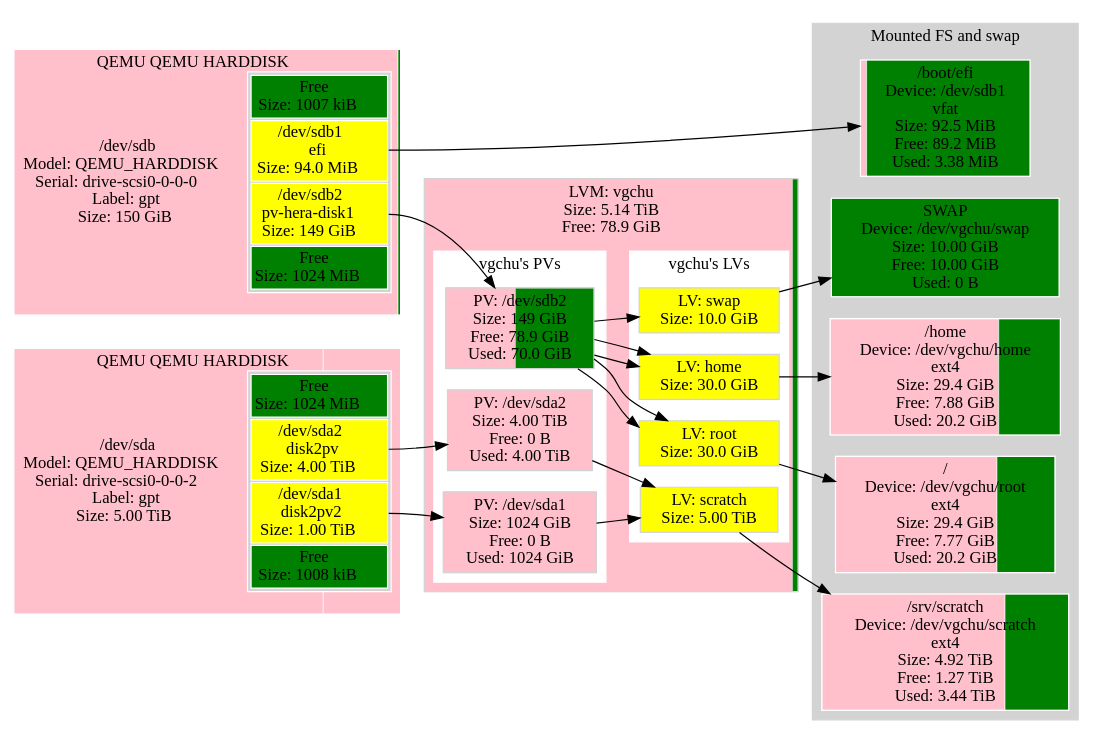
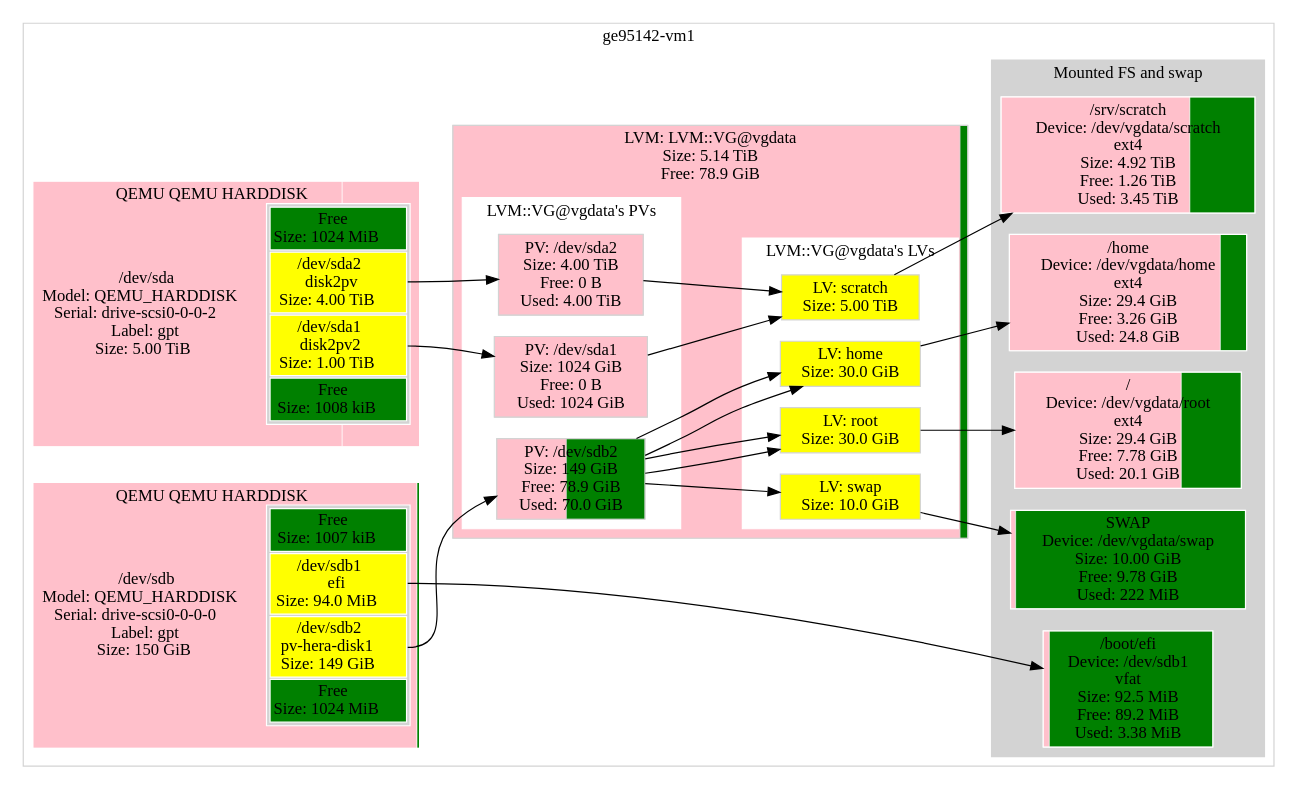
One commit to metacpan/metacpan-cpan-extracted changed the diagram in distros/S/StorageDisplay/data/ge95142-vm1.ref.dot. Above: the diagram before and after it, drawn with Graphviz. The commit also changed 2507 other files, not shown here.

```diff
--- a/distros/S/StorageDisplay/data/ge95142-vm1.ref.dot
+++ b/distros/S/StorageDisplay/data/ge95142-vm1.ref.dot
@@ -1,177 +1,215 @@
-digraph "machine"{
-	rankdir=LR;
-	{ "@Part: sda" [
-		label=<<TABLE BORDER="0" CELLPADDING="0" CELLSPACING="0">
-				<TR> <TD COLSPAN="2">QEMU QEMU HARDDISK</TD> </TR><TR><TD >/dev/sda<BR/>Model: QEMU_HARDDISK<BR/>Serial: drive-scsi0-0-0-2<BR/>Label: gpt<BR/>Size: 5.00 TiB</TD>    <TD BGCOLOR="lightgrey">
-				<TABLE >
-					<TR>
-						<TD bgcolor="green">
-						Free<BR/>Size: 1024 MiB
-						</TD>
-					</TR>
-					<TR>
-						<TD PORT="2" BGCOLOR="yellow">
-						/dev/sda2<BR/>disk2pv<BR/>Size: 4.00 TiB
-						</TD>
-					</TR>
-					<TR>
-						<TD PORT="1" BGCOLOR="yellow">
-						/dev/sda1<BR/>disk2pv2<BR/>Size: 1.00 TiB
-						</TD>
-					</TR>
-					<TR>
-						<TD bgcolor="green">
-						Free<BR/>Size: 1008 kiB
-						</TD>
-					</TR>
-				</TABLE>
-				</TD> </TR><TR> <TD COLSPAN="2"> </TD> </TR>
-			</TABLE>
-		>;
-		// Style node
-		color=white;
-		fillcolor=lightgrey;
-		shape="rectangle";
-		style=striped;
-		fillcolor="green;0.000195:pink;0.799804:pink;0.200000:green;0.000000";
-	]; }
-	{ "@Part: sdb" [
-		label=<<TABLE BORDER="0" CELLPADDING="0" CELLSPACING="0">
-				<TR> <TD COLSPAN="2">QEMU QEMU HARDDISK</TD> </TR><TR><TD >/dev/sdb<BR/>Model: QEMU_HARDDISK<BR/>Serial: drive-scsi0-0-0-0<BR/>Label: gpt<BR/>Size: 150 GiB</TD>    <TD BGCOLOR="lightgrey">
-				<TABLE >
-					<TR>
-						<TD bgcolor="green">
-						Free<BR/>Size: 1007 kiB
-						</TD>
-					</TR>
-					<TR>
-						<TD PORT="1" BGCOLOR="yellow">
-						/dev/sdb1<BR/>efi<BR/>Size: 94.0 MiB
-						</TD>
-					</TR>
-					<TR>
-						<TD PORT="2" BGCOLOR="yellow">
-						/dev/sdb2<BR/>pv-hera-disk1<BR/>Size: 149 GiB
-						</TD>
-					</TR>
-					<TR>
-						<TD bgcolor="green">
-						Free<BR/>Size: 1024 MiB
-						</TD>
-					</TR>
-				</TABLE>
-				</TD> </TR><TR> <TD COLSPAN="2"> </TD> </TR>
-			</TABLE>
-		>;
-		// Style node
-		color=white;
-		fillcolor=lightgrey;
-		shape="rectangle";
-		style=striped;
-		fillcolor="green;0.000006:pink;0.000612:pink;0.992715:green;0.006667";
-	]; }
-	subgraph "cluster_vgchu" {
+digraph "ge95142-vm1"{ // HEADER: MACHINE
+	rankdir=LR; // HEADER: MACHINE
+	subgraph "cluster_machine@ge95142-vm1" {
 		style=filled;
 		color=lightgrey;
-		fillcolor=lightgrey;
-		node [style=filled,color=lightgrey,fillcolor=lightgrey,shape=rectangle];
-		subgraph "cluster_vgchu@PV" {
-			color=white;
-			fillcolor=white;
-			{ "LVM@vgchu@PV@sda1" [
-				label="PV: /dev/sda1\nSize: 1024 GiB\nFree: 0 B\nUsed: 1024 GiB";
-				style=striped;fillcolor="pink;1.000000.2:green"
+		fillcolor=white;
+		node [style=filled,color=white,fillcolor=white,shape=rectangle];
+			{ "machine@ge95142-vm1|Partition::GPT@sda" [
+				label=<<TABLE BORDER="0" CELLPADDING="0" CELLSPACING="0">
+						<TR> <TD COLSPAN="2">QEMU QEMU HARDDISK</TD> </TR><TR><TD >/dev/sda<BR/>Model: QEMU_HARDDISK<BR/>Serial: drive-scsi0-0-0-2<BR/>Label: gpt<BR/>Size: 5.00 TiB</TD>    <TD BGCOLOR="lightgrey">
+						<TABLE >
+							<TR>
+								<TD bgcolor="green">
+								Free<BR/>Size: 1024 MiB
+								</TD>
+							</TR>
+							<TR>
+								<TD PORT="2" BGCOLOR="yellow">
+								/dev/sda2<BR/>disk2pv<BR/>Size: 4.00 TiB
+								</TD>
+							</TR>
+							<TR>
+								<TD PORT="1" BGCOLOR="yellow">
+								/dev/sda1<BR/>disk2pv2<BR/>Size: 1.00 TiB
+								</TD>
+							</TR>
+							<TR>
+								<TD bgcolor="green">
+								Free<BR/>Size: 1008 kiB
+								</TD>
+							</TR>
+						</TABLE>
+						</TD> </TR><TR> <TD COLSPAN="2"> </TD> </TR>
+					</TABLE>
+				>;
+				// Style node
+				color=white;
+				fillcolor=lightgrey;
+				shape="rectangle";
+				style=striped;
+				fillcolor="green;0.000195:pink;0.799804:pink;0.200000:green;0.000000";
 			]; }
-			{ "LVM@vgchu@PV@sda2" [
-				label="PV: /dev/sda2\nSize: 4.00 TiB\nFree: 0 B\nUsed: 4.00 TiB";
-				style=striped;fillcolor="pink;1.000000.2:green"
+			{ "machine@ge95142-vm1|Partition::GPT@sdb" [
+				label=<<TABLE BORDER="0" CELLPADDING="0" CELLSPACING="0">
+						<TR> <TD COLSPAN="2">QEMU QEMU HARDDISK</TD> </TR><TR><TD >/dev/sdb<BR/>Model: QEMU_HARDDISK<BR/>Serial: drive-scsi0-0-0-0<BR/>Label: gpt<BR/>Size: 150 GiB</TD>    <TD BGCOLOR="lightgrey">
+						<TABLE >
+							<TR>
+								<TD bgcolor="green">
+								Free<BR/>Size: 1007 kiB
+								</TD>
+							</TR>
+							<TR>
+								<TD PORT="1" BGCOLOR="yellow">
+								/dev/sdb1<BR/>efi<BR/>Size: 94.0 MiB
+								</TD>
+							</TR>
+							<TR>
+								<TD PORT="2" BGCOLOR="yellow">
+								/dev/sdb2<BR/>pv-hera-disk1<BR/>Size: 149 GiB
+								</TD>
+							</TR>
+							<TR>
+								<TD bgcolor="green">
+								Free<BR/>Size: 1024 MiB
+								</TD>
+							</TR>
+						</TABLE>
+						</TD> </TR><TR> <TD COLSPAN="2"> </TD> </TR>
+					</TABLE>
+				>;
+				// Style node
+				color=white;
+				fillcolor=lightgrey;
+				shape="rectangle";
+				style=striped;
+				fillcolor="green;0.000006:pink;0.000612:pink;0.992715:green;0.006667";
 			]; }
-			{ "LVM@vgchu@PV@sdb2" [
-				label="PV: /dev/sdb2\nSize: 149 GiB\nFree: 78.9 GiB\nUsed: 70.0 GiB";
-				style=striped;fillcolor="pink;0.470094.2:green"
-			]; }
-			label="vgchu's PVs";
-		}
-		subgraph "cluster_vgchu@LV" {
-			color=white;
-			fillcolor=white;
-			{ "dm-2" [
-				label="LV: home\nSize: 30.0 GiB";
-				fillcolor="yellow"
-			]; }
-			{ "dm-0" [
-				label="LV: root\nSize: 30.0 GiB";
-				fillcolor="yellow"
-			]; }
-			{ "dm-3" [
-				label="LV: scratch\nSize: 5.00 TiB";
-				fillcolor="yellow"
-			]; }
-			{ "dm-1" [
-				label="LV: swap\nSize: 10.0 GiB";
-				fillcolor="yellow"
-			]; }
-			label="vgchu's LVs";
-		}
-		label="LVM: vgchu\nSize: 5.14 TiB\nFree: 78.9 GiB";
-		style=striped;fillcolor="pink;0.985021.2:green"
+			subgraph "cluster_machine@ge95142-vm1|LVM::VG@vgdata" {
+				style=filled;
+				color=lightgrey;
+				fillcolor=lightgrey;
+				node [style=filled,color=lightgrey,fillcolor=lightgrey,shape=rectangle];
+				subgraph "cluster_machine@ge95142-vm1|LVM::VG@vgdata|::PVs" {
+					color=white;
+					fillcolor=white;
+					{ "machine@ge95142-vm1|LVM::VG@vgdata|::PVs|::PV@sda1" [
+						label="PV: /dev/sda1\nSize: 1024 GiB\nFree: 0 B\nUsed: 1024 GiB";
+						style=striped;fillcolor="pink;1.000000.2:green"
+					]; }
+					{ "machine@ge95142-vm1|LVM::VG@vgdata|::PVs|::PV@sda2" [
+						label="PV: /dev/sda2\nSize: 4.00 TiB\nFree: 0 B\nUsed: 4.00 TiB";
+						style=striped;fillcolor="pink;1.000000.2:green"
+					]; }
+					{ "machine@ge95142-vm1|LVM::VG@vgdata|::PVs|::PV@sdb2" [
+						label="PV: /dev/sdb2\nSize: 149 GiB\nFree: 78.9 GiB\nUsed: 70.0 GiB";
+						style=striped;fillcolor="pink;0.470094.2:green"
+					]; }
+					label="LVM::VG@vgdata's PVs";
+				}
+				subgraph "cluster_machine@ge95142-vm1|LVM::VG@vgdata|::LVs" {
+					color=white;
+					fillcolor=white;
+					{ "machine@ge95142-vm1|LVM::VG@vgdata|::LVs|::LV@home" [
+						label="LV: home\nSize: 30.0 GiB";
+						fillcolor="yellow"
+					]; }
+					{ "machine@ge95142-vm1|LVM::VG@vgdata|::LVs|::LV@root" [
+						label="LV: root\nSize: 30.0 GiB";
+						fillcolor="yellow"
+					]; }
+					{ "machine@ge95142-vm1|LVM::VG@vgdata|::LVs|::LV@scratch" [
+						label="LV: scratch\nSize: 5.00 TiB";
+						fillcolor="yellow"
+					]; }
+					{ "machine@ge95142-vm1|LVM::VG@vgdata|::LVs|::LV@swap" [
+						label="LV: swap\nSize: 10.0 GiB";
+						fillcolor="yellow"
+					]; }
+					label="LVM::VG@vgdata's LVs";
+				}
+				label="LVM: LVM::VG@vgdata\nSize: 5.14 TiB\nFree: 78.9 GiB";
+				style=striped;fillcolor="pink;0.985021.2:green"
+			}
+			subgraph "cluster_machine@ge95142-vm1|FS" {
+				style=filled;
+				color=lightgrey;
+				fillcolor=lightgrey;
+				node [style=filled,color=white,fillcolor=lightgrey,shape=rectangle];
+				{ "machine@ge95142-vm1|FS|::FS@/home" [
+					label="/home\nDevice: /dev/vgdata/home\next4\nSize: 29.4 GiB\nFree: 3.26 GiB\nUsed: 24.8 GiB";
+					style=striped;fillcolor="pink;0.889092.2:green"
+				]; }
+				{ "machine@ge95142-vm1|FS|::FS@/" [
+					label="/\nDevice: /dev/vgdata/root\next4\nSize: 29.4 GiB\nFree: 7.78 GiB\nUsed: 20.1 GiB";
+					style=striped;fillcolor="pink;0.735088.2:green"
+				]; }
+				{ "machine@ge95142-vm1|FS|::FS@/srv/scratch" [
+					label="/srv/scratch\nDevice: /dev/vgdata/scratch\next4\nSize: 4.92 TiB\nFree: 1.26 TiB\nUsed: 3.45 TiB";
+					style=striped;fillcolor="pink;0.743643.2:green"
+				]; }
+				{ "machine@ge95142-vm1|FS|::FS@/boot/efi" [
+					label="/boot/efi\nDevice: /dev/sdb1\nvfat\nSize: 92.5 MiB\nFree: 89.2 MiB\nUsed: 3.38 MiB";
+					style=striped;fillcolor="pink;0.036487.2:green"
+				]; }
+				{ "machine@ge95142-vm1|FS|::SWAP::Partition@dm-1" [
+					label="SWAP\nDevice: /dev/vgdata/swap\nSize: 10.00 GiB\nFree: 9.78 GiB\nUsed: 222 MiB";
+					style=striped;fillcolor="pink;0.021719.2:green"
+				]; }
+				label="Mounted FS and swap";
+			}
+			subgraph "cluster_machine@ge95142-vm1|Libvirt" {
+				style=filled;
+				color=lightgrey;
+				fillcolor=lightgrey;
+				node [style=filled,color=white,fillcolor=lightgrey,shape=rectangle];
+				label="Libvirt Virtual Machines";
+			}
+			// Links from LVM VG: LVM::VG@vgdata
+			"machine@ge95142-vm1|LVM::VG@vgdata|::PVs|::PV@sdb2" -> "machine@ge95142-vm1|LVM::VG@vgdata|::LVs|::LV@home"
+			"machine@ge95142-vm1|LVM::VG@vgdata|::PVs|::PV@sdb2" -> "machine@ge95142-vm1|LVM::VG@vgdata|::LVs|::LV@home"
+			"machine@ge95142-vm1|LVM::VG@vgdata|::PVs|::PV@sdb2" -> "machine@ge95142-vm1|LVM::VG@vgdata|::LVs|::LV@root"
+			"machine@ge95142-vm1|LVM::VG@vgdata|::PVs|::PV@sdb2" -> "machine@ge95142-vm1|LVM::VG@vgdata|::LVs|::LV@root"
+			"machine@ge95142-vm1|LVM::VG@vgdata|::PVs|::PV@sda2" -> "machine@ge95142-vm1|LVM::VG@vgdata|::LVs|::LV@scratch"
+			"machine@ge95142-vm1|LVM::VG@vgdata|::PVs|::PV@sda1" -> "machine@ge95142-vm1|LVM::VG@vgdata|::LVs|::LV@scratch"
+			"machine@ge95142-vm1|LVM::VG@vgdata|::PVs|::PV@sdb2" -> "machine@ge95142-vm1|LVM::VG@vgdata|::LVs|::LV@swap"
+			// Links for Partition::GPT@sda
+			// TARGET LINK: ge95142-vm1 5497558138880 sda "machine@ge95142-vm1|Partition::GPT@sda"
+			// Links for Partition::Table
+			// Links for Partition::Table::Part::Free@_1
+			// Links for Partition::Table::Part::Data@sda2
+			// Links for Partition::Table::Part::Data@sda1
+			// Links for Partition::Table::Part::Free@_2
+			// Links for Partition::GPT@sdb
+			// TARGET LINK: ge95142-vm1 161061273600 sdb "machine@ge95142-vm1|Partition::GPT@sdb"
+			// Links for Partition::Table
+			// Links for Partition::Table::Part::Free@_1
+			// Links for Partition::Table::Part::Data@sdb1
+			// Links for Partition::Table::Part::Data@sdb2
+			// Links for Partition::Table::Part::Free@_2
+			// Links for LVM VG: LVM::VG@vgdata
+			// Links for LVM::VG::PVs
+			// Links for LVM::VG::PVs::PV@sda1
+			"machine@ge95142-vm1|Partition::GPT@sda":"1" -> "machine@ge95142-vm1|LVM::VG@vgdata|::PVs|::PV@sda1"
+			// Links for LVM::VG::PVs::PV@sda1
+			// Links for LVM::VG::PVs::PV@sda2
+			"machine@ge95142-vm1|Partition::GPT@sda":"2" -> "machine@ge95142-vm1|LVM::VG@vgdata|::PVs|::PV@sda2"
+			// Links for LVM::VG::PVs::PV@sda2
+			// Links for LVM::VG::PVs::PV@sdb2
+			"machine@ge95142-vm1|Partition::GPT@sdb":"2" -> "machine@ge95142-vm1|LVM::VG@vgdata|::PVs|::PV@sdb2"
+			// Links for LVM::VG::PVs::PV@sdb2
+			// Links for LVM::VG::LVs
+			// Links for LVM::VG::LVs::LV@home
+			// Links for LVM::VG::LVs::LV@root
+			// Links for LVM::VG::LVs::LV@scratch
+			// Links for LVM::VG::LVs::LV@swap
+			// Links for FS
+			// Links for FS::FS@/home
+			"machine@ge95142-vm1|LVM::VG@vgdata|::LVs|::LV@home" -> "machine@ge95142-vm1|FS|::FS@/home"
+			// Links for FS::FS@/home
+			// Links for FS::FS@/
+			"machine@ge95142-vm1|LVM::VG@vgdata|::LVs|::LV@root" -> "machine@ge95142-vm1|FS|::FS@/"
+			// Links for FS::FS@/
+			// Links for FS::FS@/srv/scratch
+			"machine@ge95142-vm1|LVM::VG@vgdata|::LVs|::LV@scratch" -> "machine@ge95142-vm1|FS|::FS@/srv/scratch"
+			// Links for FS::FS@/srv/scratch
+			// Links for FS::FS@/boot/efi
+			"machine@ge95142-vm1|Partition::GPT@sdb":"1" -> "machine@ge95142-vm1|FS|::FS@/boot/efi"
+			// Links for FS::FS@/boot/efi
+			// Links for FS::SWAP::Partition@dm-1
+			"machine@ge95142-vm1|LVM::VG@vgdata|::LVs|::LV@swap" -> "machine@ge95142-vm1|FS|::SWAP::Partition@dm-1"
+			// Links for FS::SWAP::Partition@dm-1
+			// Links for Libvirt Virtual Machines
+		label="ge95142-vm1";
 	}
-	subgraph "cluster_@FS" {
-		style=filled;
-		color=lightgrey;
-		fillcolor=lightgrey;
-		node [style=filled,color=white,fillcolor=lightgrey,shape=rectangle];
-		{ "@FS@/home" [
-			label="/home\nDevice: /dev/vgchu/home\next4\nSize: 29.4 GiB\nFree: 7.88 GiB\nUsed: 20.2 GiB";
-			style=striped;fillcolor="pink;0.732178.2:green"
-		]; }
-		{ "@FS@/" [
-			label="/\nDevice: /dev/vgchu/root\next4\nSize: 29.4 GiB\nFree: 7.77 GiB\nUsed: 20.2 GiB";
-			style=striped;fillcolor="pink;0.735435.2:green"
-		]; }
-		{ "@FS@/srv/scratch" [
-			label="/srv/scratch\nDevice: /dev/vgchu/scratch\next4\nSize: 4.92 TiB\nFree: 1.27 TiB\nUsed: 3.44 TiB";
-			style=striped;fillcolor="pink;0.742055.2:green"
-		]; }
-		{ "@FS@/boot/efi" [
-			label="/boot/efi\nDevice: /dev/sdb1\nvfat\nSize: 92.5 MiB\nFree: 89.2 MiB\nUsed: 3.38 MiB";
-			style=striped;fillcolor="pink;0.036487.2:green"
-		]; }
-		{ "@FS@SWAP@dm-1" [
-			label="SWAP\nDevice: /dev/vgchu/swap\nSize: 10.00 GiB\nFree: 10.00 GiB\nUsed: 0 B";
-			style=striped;fillcolor="green"
-		]; }
-		label="Mounted FS and swap";
-	}
-	subgraph "cluster_@libvirt" {
-		style=filled;
-		color=lightgrey;
-		fillcolor=lightgrey;
-		node [style=filled,color=white,fillcolor=lightgrey,shape=rectangle];
-		label="Libvirt Virtual Machines";
-	}
-	// Links from LVM VG: vgchu
-	"LVM@vgchu@PV@sdb2" -> "dm-2"
-	"LVM@vgchu@PV@sdb2" -> "dm-2"
-	"LVM@vgchu@PV@sdb2" -> "dm-0"
-	"LVM@vgchu@PV@sdb2" -> "dm-0"
-	"LVM@vgchu@PV@sda2" -> "dm-3"
-	"LVM@vgchu@PV@sda1" -> "dm-3"
-	"LVM@vgchu@PV@sdb2" -> "dm-1"
-	// Links for LVM@vgchu@PV@sda1
-	"@Part: sda":"1" -> "LVM@vgchu@PV@sda1"
-	// Links for LVM@vgchu@PV@sda2
-	"@Part: sda":"2" -> "LVM@vgchu@PV@sda2"
-	// Links for LVM@vgchu@PV@sdb2
-	"@Part: sdb":"2" -> "LVM@vgchu@PV@sdb2"
-	// Links for @FS@/home
-	"dm-2" -> "@FS@/home"
-	// Links for @FS@/
-	"dm-0" -> "@FS@/"
-	// Links for @FS@/srv/scratch
-	"dm-3" -> "@FS@/srv/scratch"
-	// Links for @FS@/boot/efi
-	"@Part: sdb":"1" -> "@FS@/boot/efi"
-	// Links for @FS@SWAP@dm-1
-	"dm-1" -> "@FS@SWAP@dm-1"
-}
+} // FOOTER: MACHINE
```
